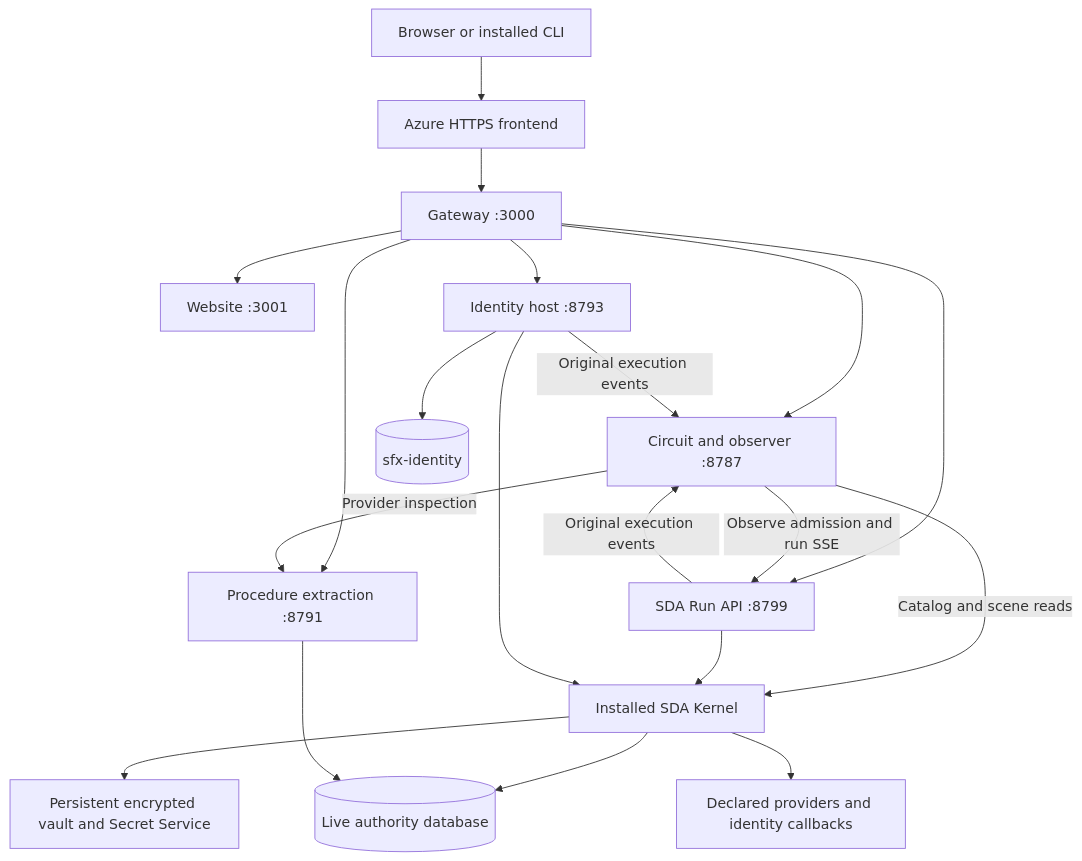
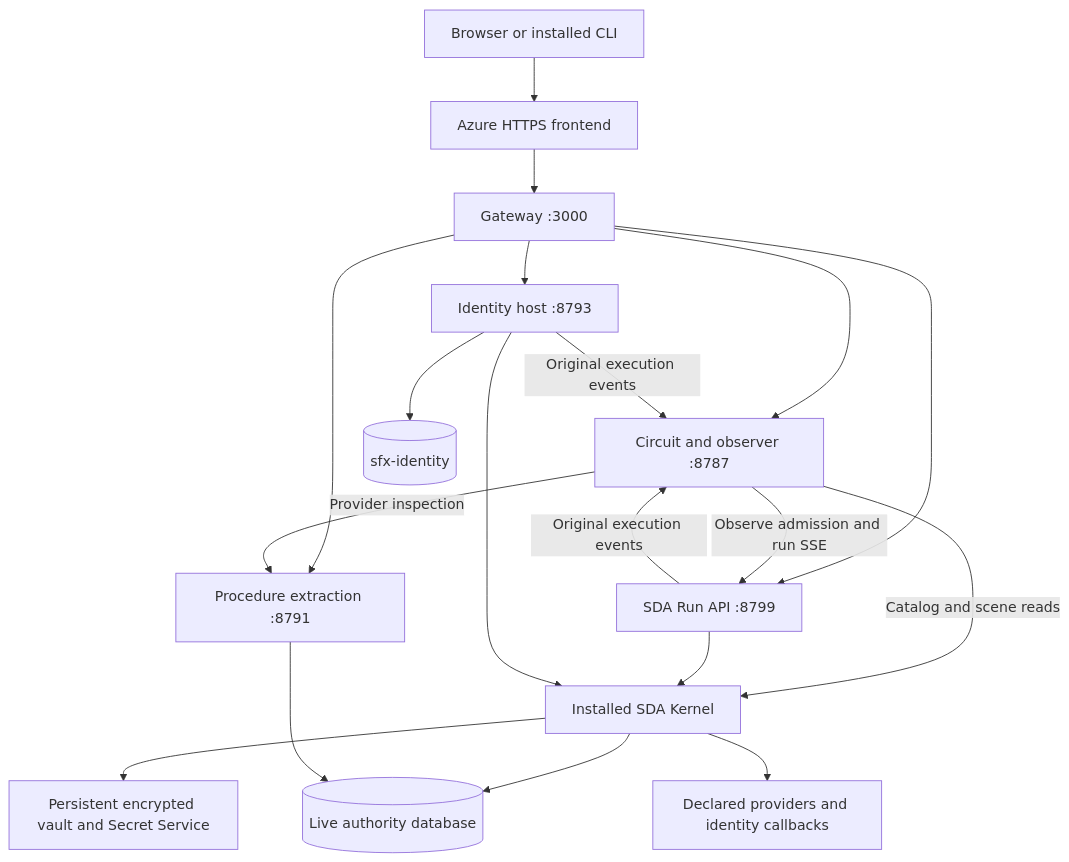
Before and after one commit to BPMSoftwareSolutions/sfx-platform: the diagram in docs/live-circuit-staging-deployment.md, drawn with Mermaid. The commit also changed other lines of this file and 12 other files, not shown here.

````diff
--- a/docs/live-circuit-staging-deployment.md
+++ b/docs/live-circuit-staging-deployment.md
@@ -74,22 +81,21 @@
 ```mermaid
 flowchart TD
   Client[Browser or installed CLI] --> Azure[Azure HTTPS frontend]
   Azure --> Gateway[Gateway :3000]
-  Gateway --> Website[Website :3001]
   Gateway --> Observer[Circuit and observer :8787]
   Gateway --> API[SDA Run API :8799]
   Gateway --> Retrieval[Procedure extraction :8791]
   Gateway --> Identity[Identity host :8793]
   Observer -->|Observe admission and run SSE| API
   Observer -->|Provider inspection| Retrieval
   Observer -->|Catalog and scene reads| Kernel[Installed SDA Kernel]
   API --> Kernel
   Identity --> Kernel
   API -->|Original execution events| Observer
   Identity -->|Original execution events| Observer
   Kernel --> Authority[(Live authority database)]
   Retrieval --> Authority
   Identity --> IdentityDB[(sfx-identity)]
   Kernel --> Vault[Persistent encrypted vault and Secret Service]
   Kernel --> Providers[Declared providers and identity callbacks]
 ```
````
